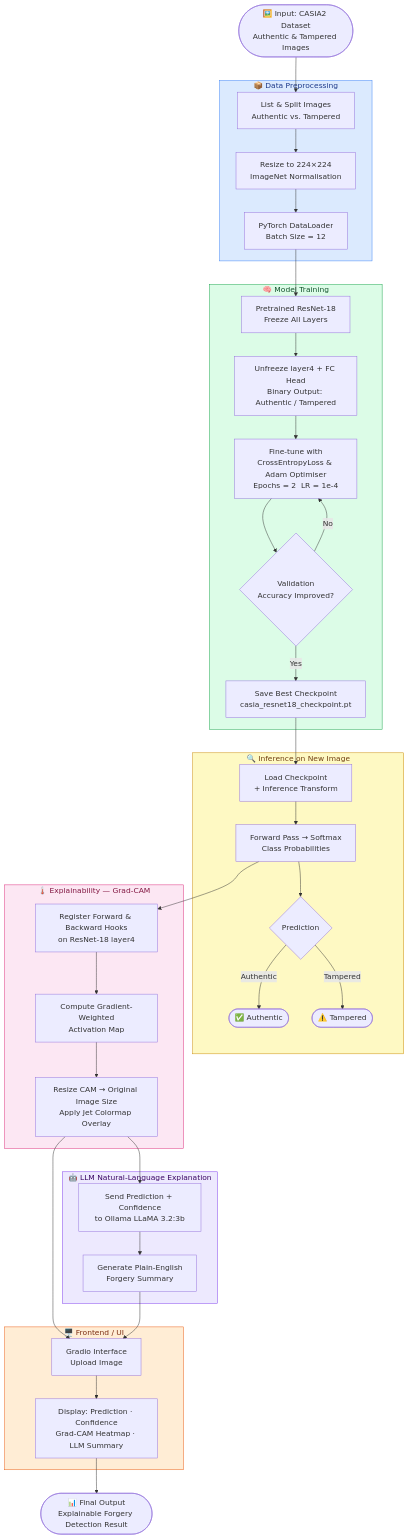
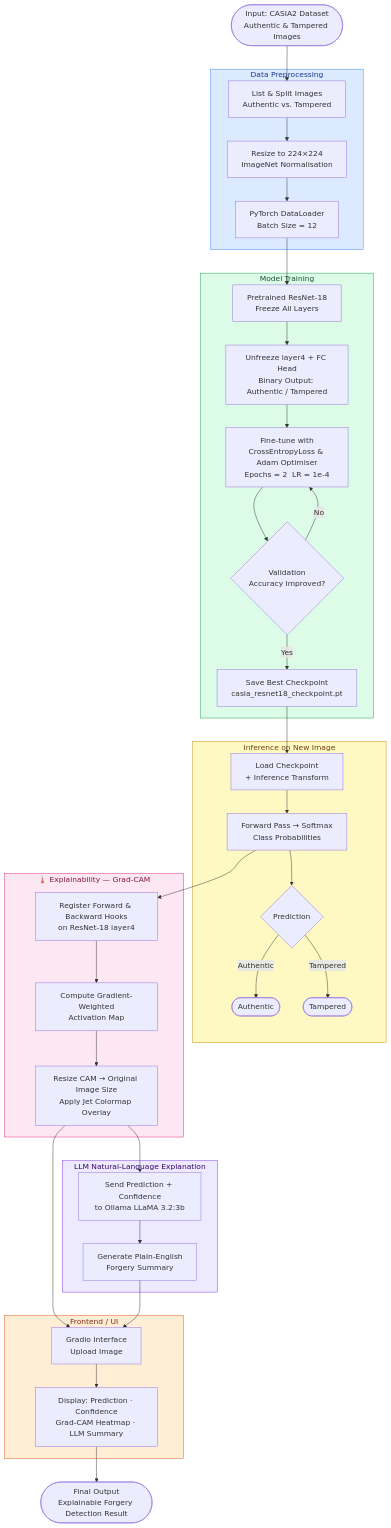
The diagram in README.md (sharvayuzade/An-Explainable-AI-Approach-for-Deepfake-Detection-on-ForgeryNet), drawn with Mermaid before and after one commit. The commit also changed other lines of this file, not shown here.

Commit message:
Fix formatting and improve README clarity

````diff
--- a/README.md
+++ b/README.md
@@ -9,63 +9,63 @@
 ```mermaid
 flowchart TD
-    A([🖼️ Input: CASIA2 Dataset\nAuthentic & Tampered Images]) --> B
+    A([ Input: CASIA2 Dataset\nAuthentic & Tampered Images]) --> B
 
-    subgraph Preprocessing["📦 Data Preprocessing"]
+    subgraph Preprocessing[" Data Preprocessing"]
         B[List & Split Images\nAuthentic vs. Tampered]
         B --> C[Resize to 224×224\nImageNet Normalisation]
         C --> D[PyTorch DataLoader\nBatch Size = 12]
     end
 
     D --> E
 
-    subgraph Training["🧠 Model Training"]
+    subgraph Training[" Model Training"]
         E[Pretrained ResNet-18\nFreeze All Layers]
         E --> F[Unfreeze layer4 + FC Head\nBinary Output: Authentic / Tampered]
         F --> G[Fine-tune with\nCrossEntropyLoss & Adam Optimiser\nEpochs = 2  LR = 1e-4]
         G --> H{Validation\nAccuracy Improved?}
         H -- Yes --> I[Save Best Checkpoint\ncasia_resnet18_checkpoint.pt]
         H -- No --> G
     end
 
     I --> J
 
-    subgraph Inference["🔍 Inference on New Image"]
+    subgraph Inference[" Inference on New Image"]
         J[Load Checkpoint\n+ Inference Transform]
         J --> K[Forward Pass → Softmax\nClass Probabilities]
         K --> L{Prediction}
-        L -- Authentic --> M1([✅ Authentic])
-        L -- Tampered --> M2([⚠️ Tampered])
+        L -- Authentic --> M1([ Authentic])
+        L -- Tampered --> M2([ Tampered])
     end
 
     K --> N
 
     subgraph XAI["🌡️ Explainability — Grad-CAM"]
         N[Register Forward & Backward Hooks\non ResNet-18 layer4]
         N --> O[Compute Gradient-Weighted\nActivation Map]
         O --> P[Resize CAM → Original Image Size\nApply Jet Colormap Overlay]
     end
 
     P --> Q
 
-    subgraph LLM["🤖 LLM Natural-Language Explanation"]
+    subgraph LLM[" LLM Natural-Language Explanation"]
         Q[Send Prediction + Confidence\nto Ollama LLaMA 3.2:3b]
         Q --> R[Generate Plain-English\nForgery Summary]
     end
 
     P --> S
     R --> S
 
-    subgraph Frontend["🖥️ Frontend / UI"]
+    subgraph Frontend[" Frontend / UI"]
         S[Gradio Interface\nUpload Image]
         S --> T[Display: Prediction · Confidence\nGrad-CAM Heatmap · LLM Summary]
     end
 
-    T --> U([📊 Final Output\nExplainable Forgery Detection Result])
+    T --> U([ Final Output\nExplainable Forgery Detection Result])
 
     style Preprocessing fill:#dbeafe,stroke:#3b82f6,color:#1e3a8a
     style Training      fill:#dcfce7,stroke:#16a34a,color:#14532d
     style Inference     fill:#fef9c3,stroke:#ca8a04,color:#713f12
     style XAI           fill:#fce7f3,stroke:#db2777,color:#831843
     style LLM           fill:#ede9fe,stroke:#7c3aed,color:#3b0764
     style Frontend      fill:#ffedd5,stroke:#ea580c,color:#7c2d12
 ```
````
